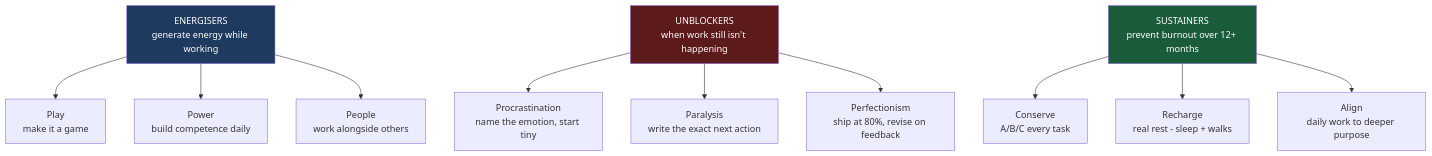
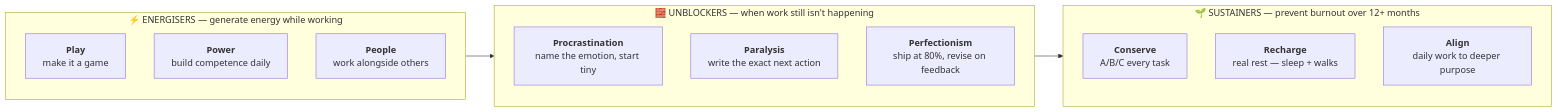
One commit to leotansingapore/aia-product-compass-hub changed the diagram in docs/first-60-days/week-4/day-23.md. Above: the diagram before and after it, drawn with Mermaid.

````diff
--- a/docs/first-60-days/week-4/day-23.md
+++ b/docs/first-60-days/week-4/day-23.md
@@ -164,15 +164,22 @@
 ```mermaid
-flowchart TD
-    EN["ENERGISERS<br/>generate energy while working"] --> PL["Play<br/>make it a game"]
-    EN --> PW["Power<br/>build competence daily"]
-    EN --> PE["People<br/>work alongside others"]
-    UB["UNBLOCKERS<br/>when work still isn't happening"] --> PR["Procrastination<br/>name the emotion, start tiny"]
-    UB --> PA["Paralysis<br/>write the exact next action"]
-    UB --> PF["Perfectionism<br/>ship at 80%, revise on feedback"]
-    SU["SUSTAINERS<br/>prevent burnout over 12+ months"] --> CO["Conserve<br/>A/B/C every task"]
-    SU --> RE["Recharge<br/>real rest - sleep + walks"]
-    SU --> AL["Align<br/>daily work to deeper purpose"]
-    style EN fill:#1e3a5f,color:#fff
-    style UB fill:#5c1a1a,color:#fff
-    style SU fill:#1a5c3a,color:#fff
+flowchart LR
+    subgraph ENERGISERS["⚡ ENERGISERS — generate energy while working"]
+        direction TB
+        PL["<b>Play</b><br/>make it a game"]
+        PW["<b>Power</b><br/>build competence daily"]
+        PE["<b>People</b><br/>work alongside others"]
+    end
+    subgraph UNBLOCKERS["🧱 UNBLOCKERS — when work still isn't happening"]
+        direction TB
+        PR["<b>Procrastination</b><br/>name the emotion, start tiny"]
+        PA["<b>Paralysis</b><br/>write the exact next action"]
+        PF["<b>Perfectionism</b><br/>ship at 80%, revise on feedback"]
+    end
+    subgraph SUSTAINERS["🌱 SUSTAINERS — prevent burnout over 12+ months"]
+        direction TB
+        CO["<b>Conserve</b><br/>A/B/C every task"]
+        RE["<b>Recharge</b><br/>real rest — sleep + walks"]
+        AL["<b>Align</b><br/>daily work to deeper purpose"]
+    end
+    ENERGISERS --> UNBLOCKERS --> SUSTAINERS
 ```
````
